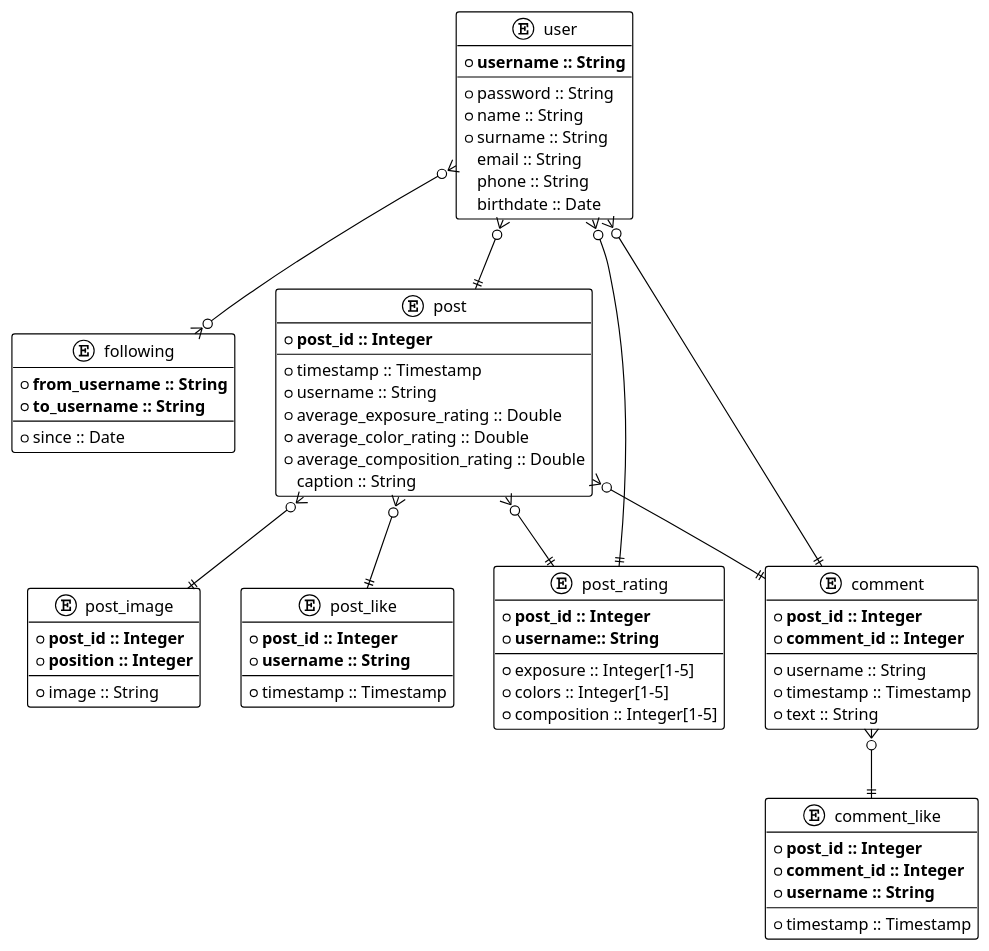
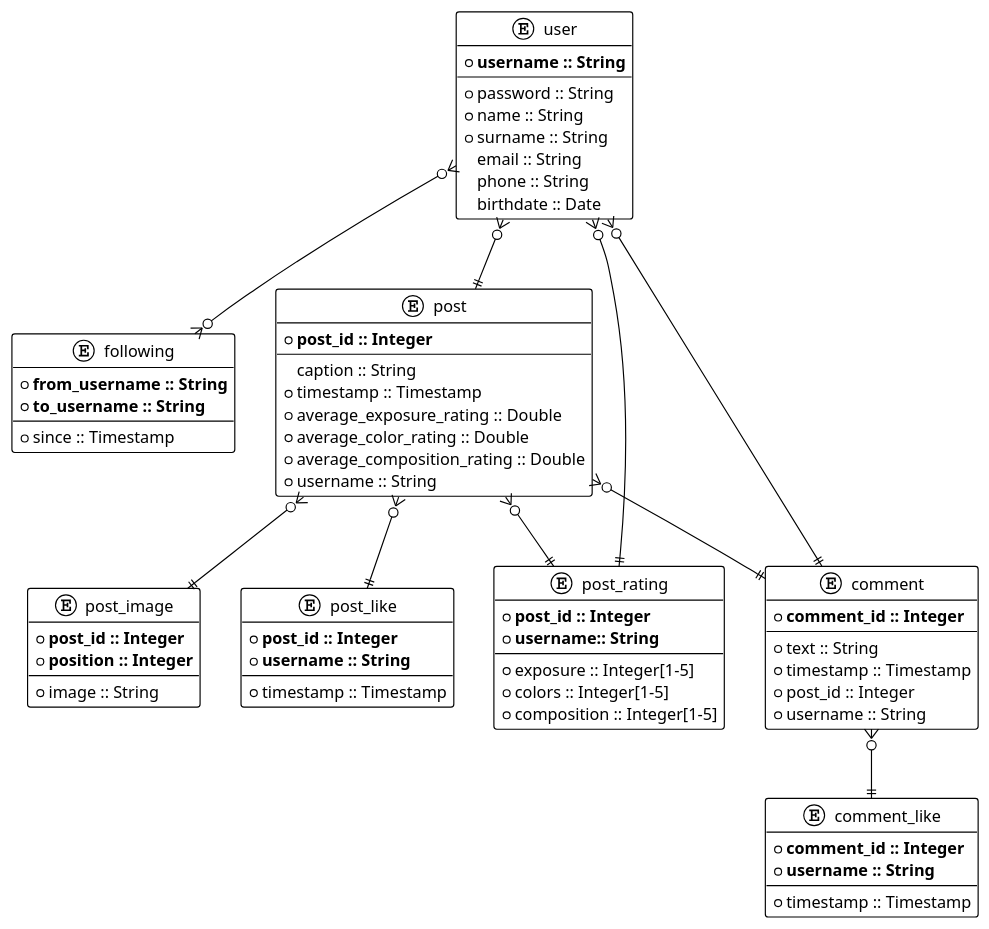
The diagram in db_project/er.plantuml (ValentinaPieri/lipho), drawn with PlantUML before and after one commit. The commit also changed 1 other file, not shown here.

Commit message:
Modified databse structure and er diagram

```diff
--- a/db_project/er.plantuml
+++ b/db_project/er.plantuml
@@ -1,83 +1,82 @@
 @startuml Lipho DB ER Diagram
 !theme plain
 
 entity user {
     * **username :: String**
     --
     * password :: String
     * name :: String
     * surname :: String
     email :: String
     phone :: String
     birthdate :: Date
 }
 
 entity following {
     * **from_username :: String**
     * **to_username :: String**
     --
-    * since :: Date
+    * since :: Timestamp
 }
 
 entity post {
     * **post_id :: Integer**
     --
+    caption :: String
     * timestamp :: Timestamp
-    * username :: String
     * average_exposure_rating :: Double
     * average_color_rating :: Double
     * average_composition_rating :: Double
-    caption :: String
+    * username :: String
 }
 
 entity post_image {
     * **post_id :: Integer**
     * **position :: Integer**
     --
     * image :: String
 }
 
 entity post_like {
     * **post_id :: Integer**
     * **username :: String**
     --
     * timestamp :: Timestamp
 }
 
 entity post_rating {
     * **post_id :: Integer**
     * **username:: String**
     --
     * exposure :: Integer[1-5]
     * colors :: Integer[1-5]
     * composition :: Integer[1-5]
 }
 
 entity comment {
-    * **post_id :: Integer**
     * **comment_id :: Integer**
     --
+    * text :: String
+    * timestamp :: Timestamp
+    * post_id :: Integer
     * username :: String
-    * timestamp :: Timestamp
-    * text :: String
 }
 
 entity comment_like {
-    * **post_id :: Integer**
     * **comment_id :: Integer**
     * **username :: String**
     --
     * timestamp :: Timestamp
 }
 
 user }o--o{ following
 user }o--|| post
 post }o--|| post_image
 post }o--|| post_rating
 post }o--|| comment
 post }o--|| post_like
 post_rating ||--o{ user
 comment ||--o{ user
 comment }o--|| comment_like
 
 @enduml
```
